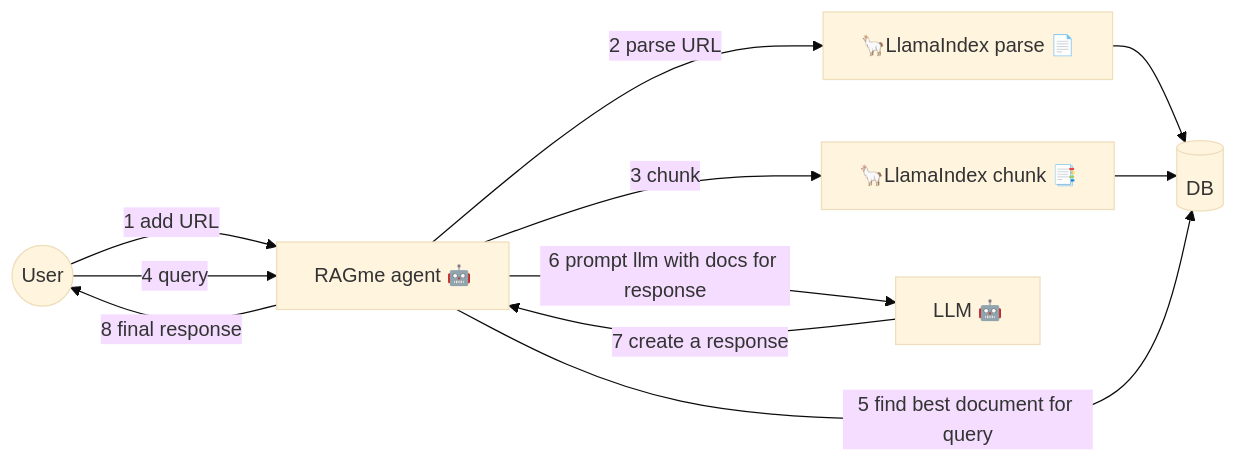
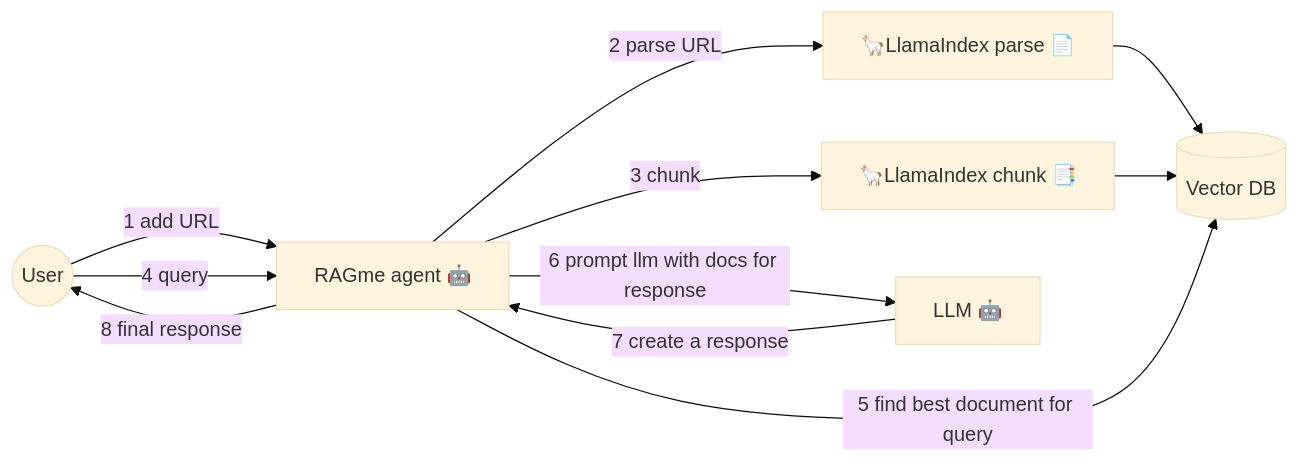
The first of 3 diagrams in README.md (maximilien/ragme-io), drawn with Mermaid (base theme) before and after one commit. The commit also changed other lines of this file and 16 other files, not shown here.

````diff
--- a/README.md
+++ b/README.md
@@ -178,17 +193,17 @@
 ```mermaid
 flowchart LR
     user((User)) -- "1 add URL" --> ragme-agent["RAGme agent 🤖"]
 
     ragme-agent -- "2 parse URL" --> llama-index-parse["🦙LlamaIndex parse 📄"]
     ragme-agent -- "3 chunk" --> llama-index-chunk["🦙LlamaIndex chunk 📑"]
-    llama-index-parse --> vector-db[(DB)]
-    llama-index-chunk --> vector-db[(DB)]
+    llama-index-parse --> vector-db[(Vector DB)]
+    llama-index-chunk --> vector-db[(Vector DB)]
 
     user((User)) -- "4 query" --> ragme-agent["RAGme agent 🤖"]
-    ragme-agent -- "5 find best document for query" --> vector-db[(DB)]
+    ragme-agent -- "5 find best document for query" --> vector-db[(Vector DB)]
     
     ragme-agent -- "6 prompt llm with docs for response" --> llm["LLM 🤖"]
     llm -- "7 create a response" --> ragme-agent
     
     ragme-agent -- "8 final response" --> user((User))
 ```
````
